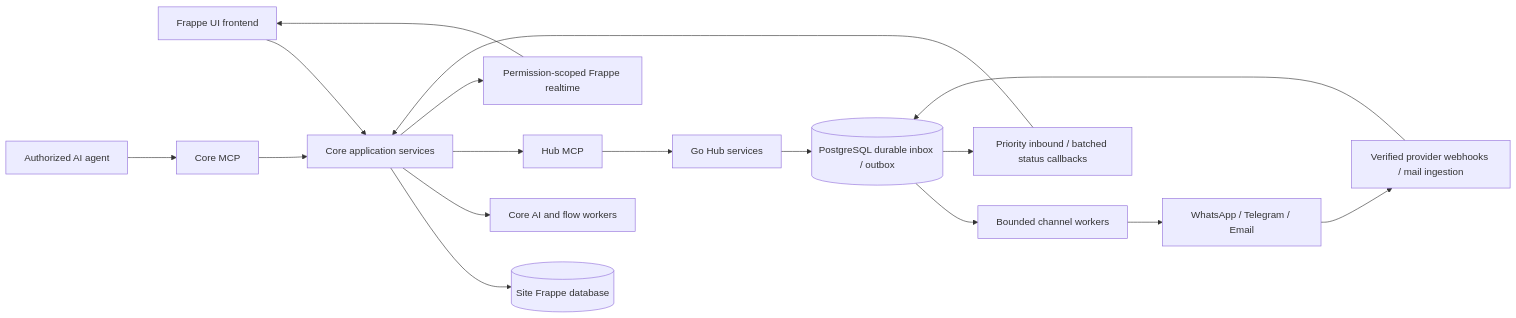
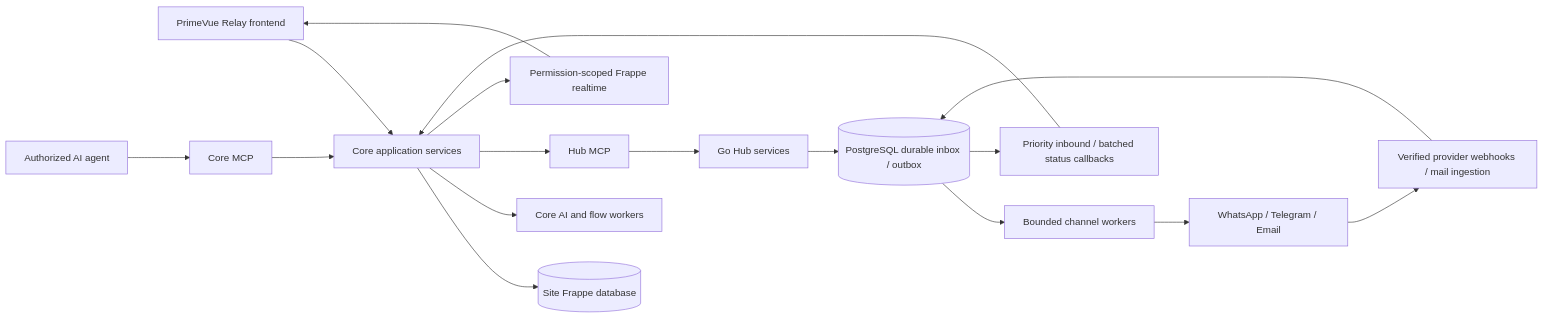
The diagram in docs/architecture.md (andrometiq/frappe_relay_core), drawn with Mermaid before and after one commit. The commit also changed other lines of this file and 574 other files, not shown here.

First line of the commit message:
feat(relay): Save the in-progress inbox, flows and automation work

````diff
--- a/docs/architecture.md
+++ b/docs/architecture.md
@@ -9,19 +9,19 @@
 ```mermaid
 flowchart LR
- UI[Frappe UI frontend] --> CS[Core application services]
+ UI[PrimeVue Relay frontend] --> CS[Core application services]
  Agent[Authorized AI agent] --> CM[Core MCP]
  CM --> CS
  CS --> DB[(Site Frappe database)]
  CS --> AI[Core AI and flow workers]
  CS --> HM[Hub MCP]
  HM --> HS[Go Hub services]
  HS --> PG[(PostgreSQL durable inbox / outbox)]
  PG --> Workers[Bounded channel workers]
  Workers --> Channels[WhatsApp / Telegram / Email]
  Channels --> WH[Verified provider webhooks / mail ingestion]
  WH --> PG
  PG --> CB[Priority inbound / batched status callbacks]
  CB --> CS
  CS --> RT[Permission-scoped Frappe realtime]
  RT --> UI
 ```
````
